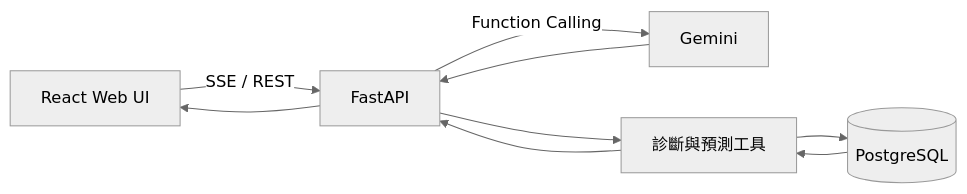
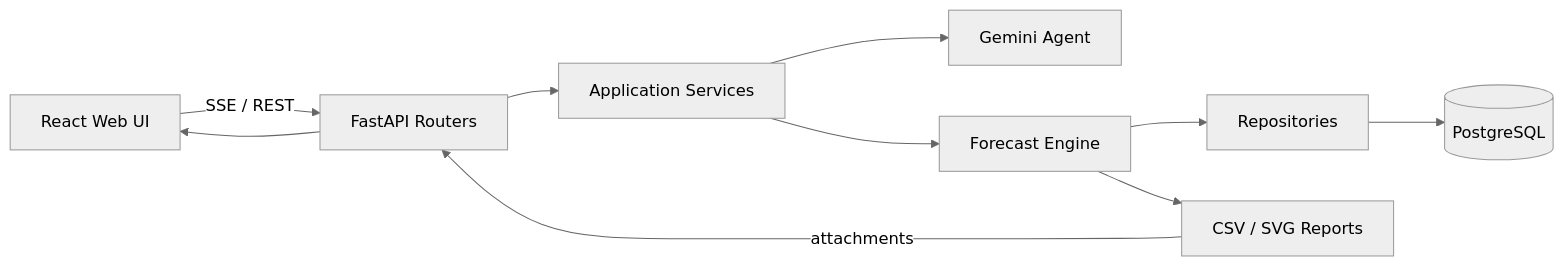
The diagram in README.md (programmerKB/Edge-mind), drawn with Mermaid (neutral theme) before and after one commit. The commit also changed other lines of this file and 68 other files, not shown here.

````diff
--- a/README.md
+++ b/README.md
@@ -203,11 +153,12 @@
 ```mermaid
 flowchart LR
-    UI[React Web UI] -->|SSE / REST| API[FastAPI]
-    API -->|Function Calling| GEMINI[Gemini]
-    GEMINI --> API
-    API --> TOOL[診斷與預測工具]
-    TOOL --> DB[(PostgreSQL)]
-    DB --> TOOL
-    TOOL --> API
+    UI[React Web UI] -->|SSE / REST| API[FastAPI Routers]
+    API --> SERVICE[Application Services]
+    SERVICE --> AGENT[Gemini Agent]
+    SERVICE --> FORECAST[Forecast Engine]
+    FORECAST --> REPO[Repositories]
+    REPO --> DB[(PostgreSQL)]
+    FORECAST --> REPORT[CSV / SVG Reports]
+    REPORT -->|attachments| API
     API --> UI
 ```
````
